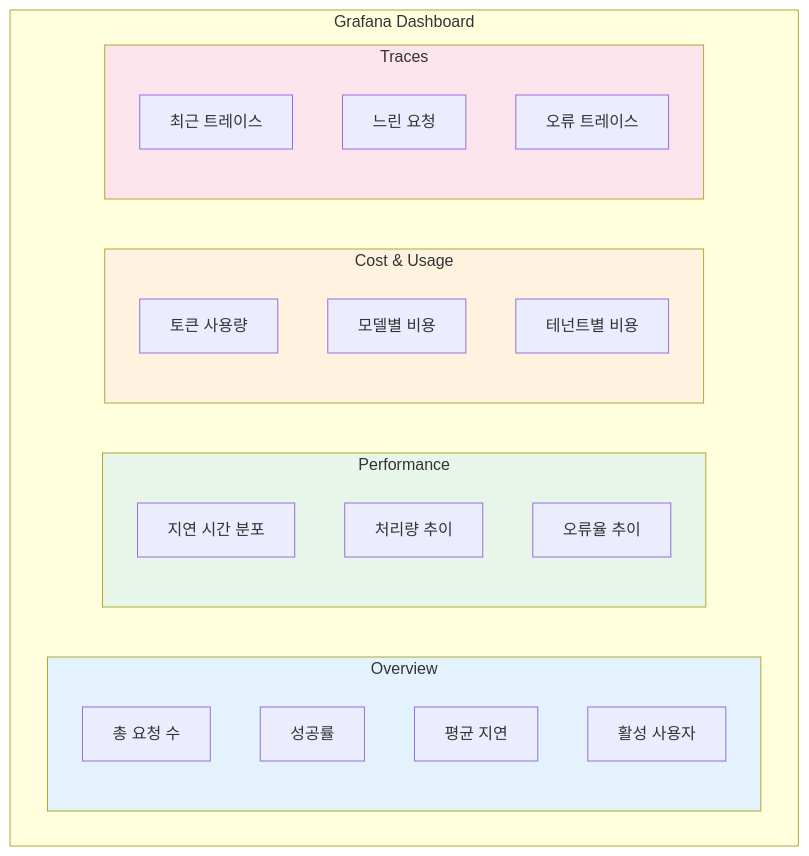
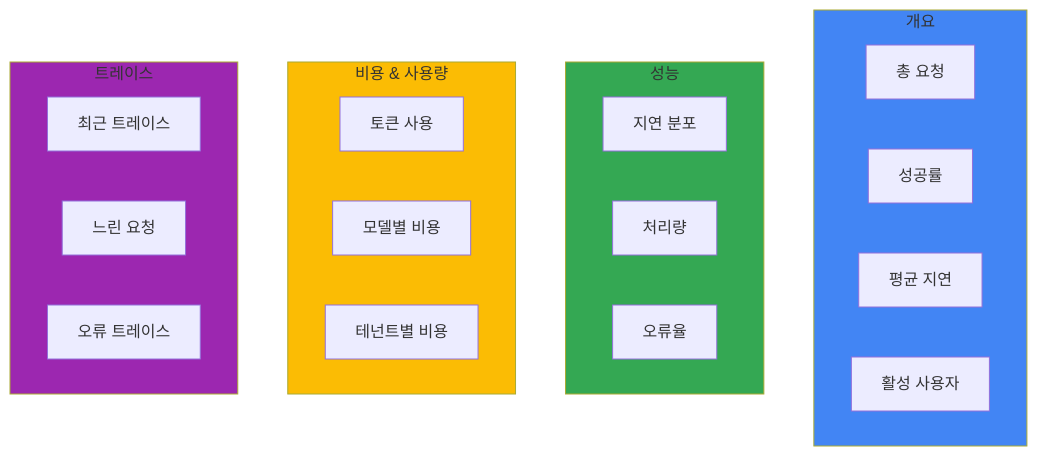
One commit to devfloor9/engineering-playbook changed the third of 3 diagrams in docs/agentic-ai-platform/operations-mlops/agent-monitoring.md. Above: the diagram before and after it, drawn with Mermaid. The commit also changed other lines of this file and 24 other files, not shown here.

````diff
--- a/docs/agentic-ai-platform/operations-mlops/agent-monitoring.md
+++ b/docs/agentic-ai-platform/operations-mlops/agent-monitoring.md
@@ -959,34 +957,32 @@
 ```mermaid
-graph TB
-    subgraph Dashboard["Grafana Dashboard"]
-        subgraph Row1["Overview"]
-            TOTAL_REQ["총 요청 수"]
-            SUCCESS_RATE["성공률"]
-            AVG_LATENCY["평균 지연"]
-            ACTIVE_USERS["활성 사용자"]
-        end
-
-        subgraph Row2["Performance"]
-            LATENCY_CHART["지연 시간 분포"]
-            THROUGHPUT["처리량 추이"]
-            ERROR_RATE["오류율 추이"]
-        end
-
-        subgraph Row3["Cost & Usage"]
-            TOKEN_USAGE["토큰 사용량"]
-            COST_BY_MODEL["모델별 비용"]
-            COST_BY_TENANT["테넌트별 비용"]
-        end
-
-        subgraph Row4["Traces"]
-            TRACE_TABLE["최근 트레이스"]
-            SLOW_TRACES["느린 요청"]
-            ERROR_TRACES["오류 트레이스"]
-        end
+flowchart TB
+    subgraph Overview["개요"]
+        TOTAL_REQ[총 요청]
+        SUCCESS_RATE[성공률]
+        AVG_LATENCY[평균 지연]
+        ACTIVE_USERS[활성 사용자]
     end
 
-    style Row1 fill:#e3f2fd
-    style Row2 fill:#e8f5e9
-    style Row3 fill:#fff3e0
-    style Row4 fill:#fce4ec
+    subgraph Performance["성능"]
+        LATENCY_CHART[지연 분포]
+        THROUGHPUT[처리량]
+        ERROR_RATE[오류율]
+    end
+
+    subgraph Cost["비용 & 사용량"]
+        TOKEN_USAGE[토큰 사용]
+        COST_BY_MODEL[모델별 비용]
+        COST_BY_TENANT[테넌트별 비용]
+    end
+
+    subgraph Traces["트레이스"]
+        TRACE_TABLE[최근 트레이스]
+        SLOW_TRACES[느린 요청]
+        ERROR_TRACES[오류 트레이스]
+    end
+
+    style Overview fill:#4285f4
+    style Performance fill:#34a853
+    style Cost fill:#fbbc04
+    style Traces fill:#9c27b0
 ```
````
